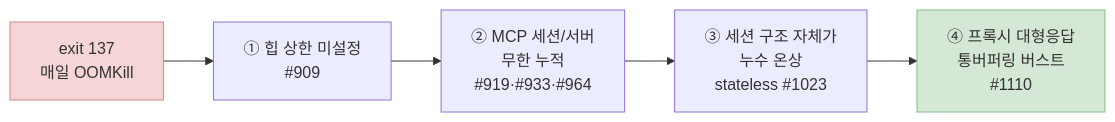
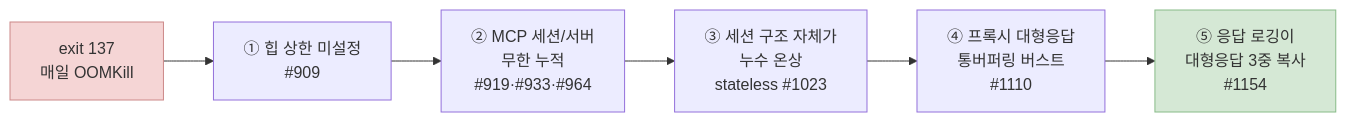
Before and after one commit to fnf-deepHeading/aie-app-blog: the first of 4 diagrams in src/content/posts/chasing-oom-in-1gib.md, drawn with Mermaid. The commit also changed other lines of this file, not shown here.

````diff
--- a/src/content/posts/chasing-oom-in-1gib.md
+++ b/src/content/posts/chasing-oom-in-1gib.md
@@ -38,9 +38,10 @@
 ```mermaid
 graph LR
   A[exit 137<br/>매일 OOMKill] --> B[① 힙 상한 미설정<br/>#909]
   B --> C[② MCP 세션/서버<br/>무한 누적<br/>#919·#933·#964]
   C --> D[③ 세션 구조 자체가<br/>누수 온상<br/>stateless #1023]
   D --> E[④ 프록시 대형응답<br/>통버퍼링 버스트<br/>#1110]
+  E --> F[⑤ 응답 로깅이<br/>대형응답 3중 복사<br/>#1154]
   style A fill:#F5D5D5,stroke:#C88
-  style E fill:#D5E8D5,stroke:#8B8
+  style F fill:#D5E8D5,stroke:#8B8
 ```
````
